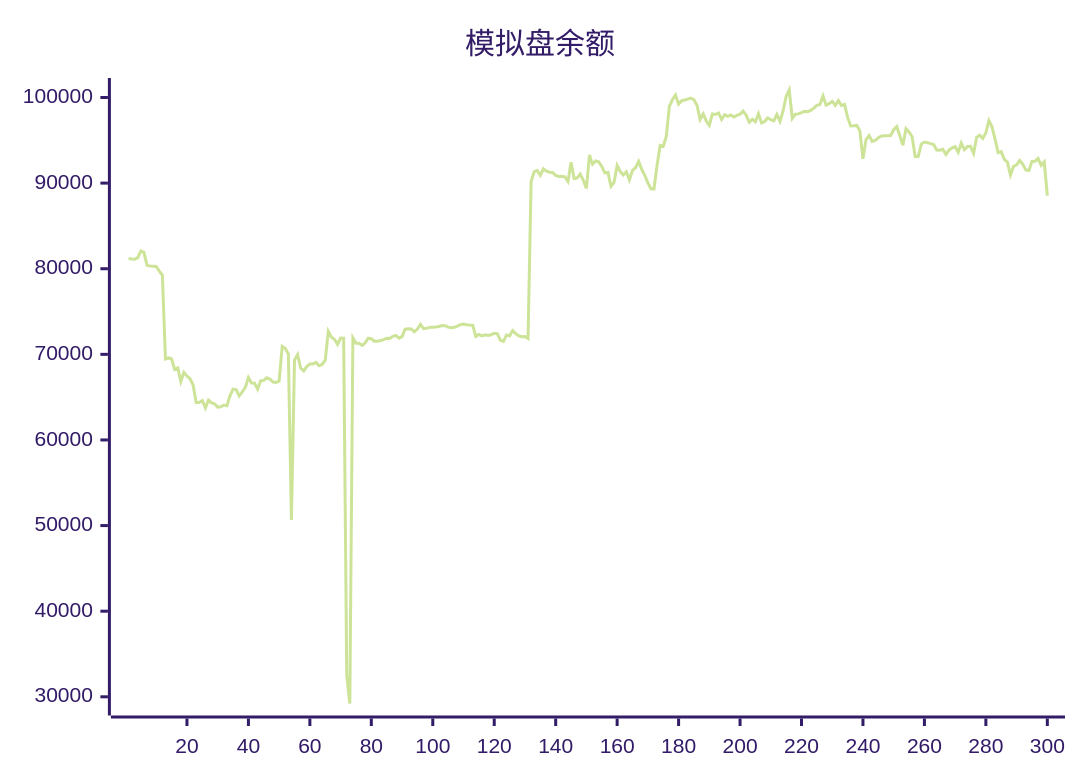
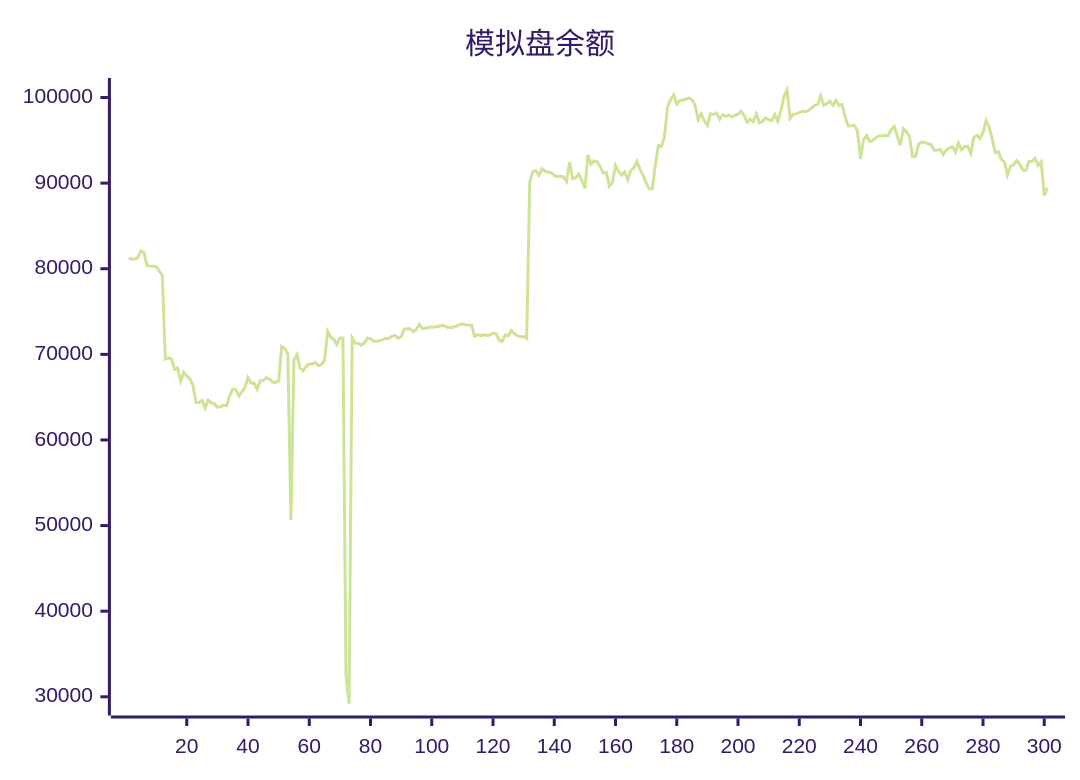
The diagram in README.md (aahl/ai-trading), drawn with Mermaid (forest theme) before and after one commit. The commit also changed other lines of this file and 1 other file, not shown here.

````diff
--- a/README.md
+++ b/README.md
@@ -5,5 +5,5 @@
 ```mermaid
 xychart
     title "模拟盘余额"
-    line [81186,81130,81118,81306,82066,81909,80392,80304,80291,80258,79729,79261,69466,69579,69456,68251,68415,66832,67911,67462,67144,66432,64380,64375,64606,63741,64647,64324,64216,63842,63877,64079,64008,65156,65945,65888,65157,65625,66144,67284,66653,66639,65924,66925,66956,67263,67108,66766,66729,66886,70927,70673,70049,50652,69334,69973,68400,68061,68578,68877,68879,69055,68662,68822,69329,72687,71999,71760,71163,71911,71896,32500,29218,71927,71297,71305,71044,71337,71883,71822,71536,71536,71622,71723,71880,71860,72100,72216,71887,72077,72940,72976,72966,72638,72948,73497,73004,73041,73173,73160,73187,73258,73375,73351,73173,73098,73161,73305,73474,73536,73457,73413,73412,72100,72333,72164,72272,72204,72285,72461,72421,71652,71521,72267,72157,72774,72425,72144,72060,72091,71858,90185,91338,91466,90900,91678,91404,91268,91244,90903,90779,90787,90721,90187,92429,90518,90619,91070,90328,89376,93286,92202,92581,92485,91947,91196,91259,89619,90086,92063,91355,90950,91327,90373,91498,91800,92531,91603,90910,90031,89351,89334,92097,94406,94315,95455,98972,99763,100286,99229,99622,99701,99805,99938,99738,99082,97430,98094,97267,96741,98081,98013,98194,97447,97983,97789,97969,97729,97911,98043,98405,97912,97120,97448,97154,98095,97021,97191,97616,97402,97263,98035,97210,98424,100121,100876,97552,98049,98085,98228,98388,98342,98488,98750,99086,99181,100188,99107,99272,99553,99072,99636,99061,99186,97674,96679,96704,96743,96096,92830,95088,95560,94866,94995,95295,95497,95531,95527,95559,96236,96597,95538,94422,96363,95972,95418,93095,93128,94558,94795,94727,94611,94508,93857,93852,93955,93340,93862,94112,94249,93603,94682,93898,94267,94288,93490,95337,95601,95226,95879,97301,96573,95113,93569,93681,92773,92453,90953,91954,92130,92637,92209,91536,91462,92532,92562,92875,92086,92488,88547]
+    line [81186,81130,81118,81306,82066,81909,80392,80304,80291,80258,79729,79261,69466,69579,69456,68251,68415,66832,67911,67462,67144,66432,64380,64375,64606,63741,64647,64324,64216,63842,63877,64079,64008,65156,65945,65888,65157,65625,66144,67284,66653,66639,65924,66925,66956,67263,67108,66766,66729,66886,70927,70673,70049,50652,69334,69973,68400,68061,68578,68877,68879,69055,68662,68822,69329,72687,71999,71760,71163,71911,71896,32500,29218,71927,71297,71305,71044,71337,71883,71822,71536,71536,71622,71723,71880,71860,72100,72216,71887,72077,72940,72976,72966,72638,72948,73497,73004,73041,73173,73160,73187,73258,73375,73351,73173,73098,73161,73305,73474,73536,73457,73413,73412,72100,72333,72164,72272,72204,72285,72461,72421,71652,71521,72267,72157,72774,72425,72144,72060,72091,71858,90185,91338,91466,90900,91678,91404,91268,91244,90903,90779,90787,90721,90187,92429,90518,90619,91070,90328,89376,93286,92202,92581,92485,91947,91196,91259,89619,90086,92063,91355,90950,91327,90373,91498,91800,92531,91603,90910,90031,89351,89334,92097,94406,94315,95455,98972,99763,100286,99229,99622,99701,99805,99938,99738,99082,97430,98094,97267,96741,98081,98013,98194,97447,97983,97789,97969,97729,97911,98043,98405,97912,97120,97448,97154,98095,97021,97191,97616,97402,97263,98035,97210,98424,100121,100876,97552,98049,98085,98228,98388,98342,98488,98750,99086,99181,100188,99107,99272,99553,99072,99636,99061,99186,97674,96679,96704,96743,96096,92830,95088,95560,94866,94995,95295,95497,95531,95527,95559,96236,96597,95538,94422,96363,95972,95418,93095,93128,94558,94795,94727,94611,94508,93857,93852,93955,93340,93862,94112,94249,93603,94682,93898,94267,94288,93490,95337,95601,95226,95879,97301,96573,95113,93569,93681,92773,92453,90953,91954,92130,92637,92209,91536,91462,92532,92562,92875,92086,92488,88547,89491]
 ```
````
